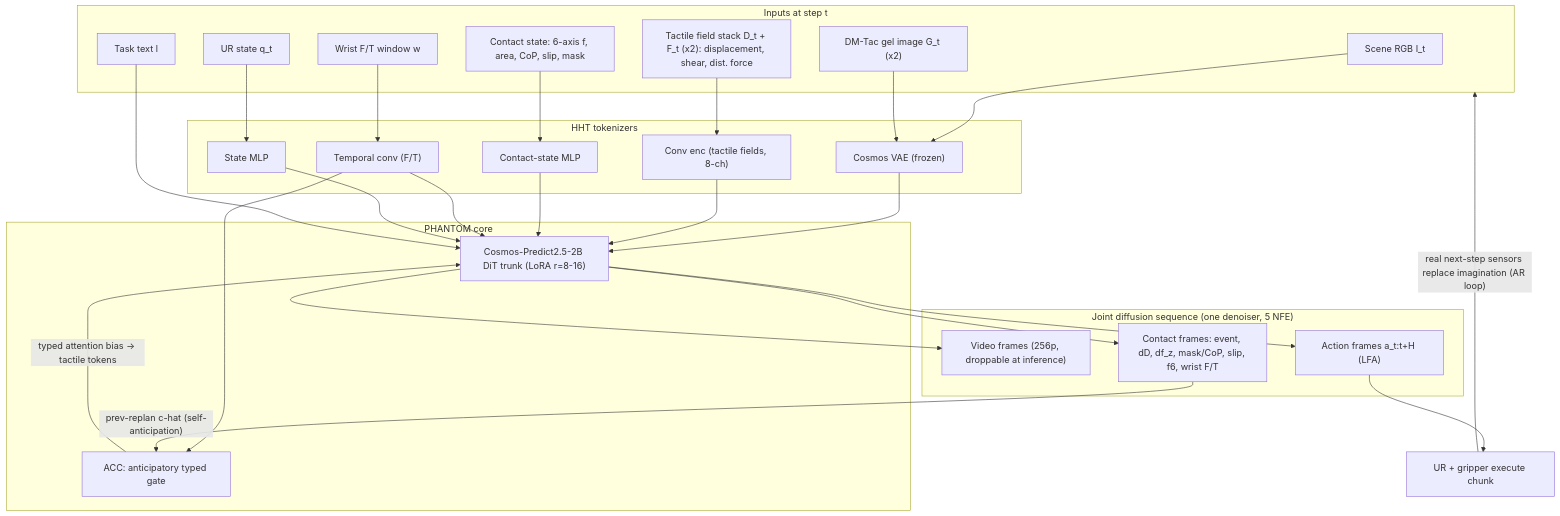
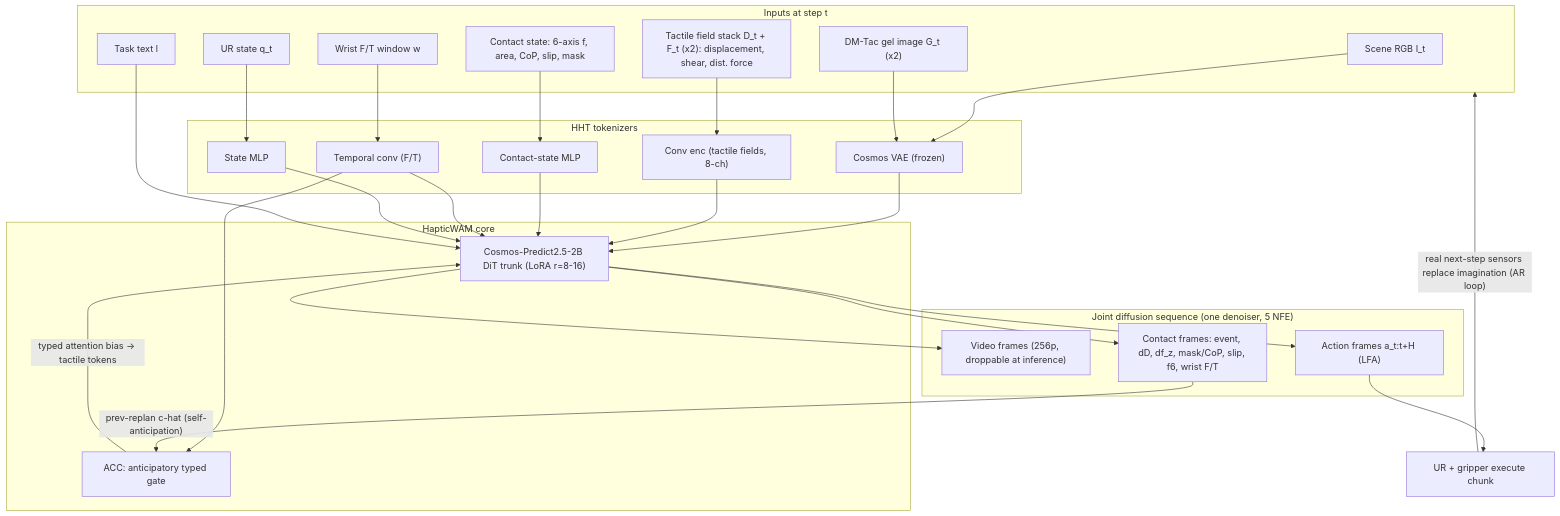
Before and after one commit to Advanced-Robotic-Manipulation/HapticWAM: the first of 2 diagrams in pipeline.md, drawn with Mermaid. The commit also changed other lines of this file and 14 other files, not shown here.

Commit message:
docs: project name is HapticWAM (package stays phantom); hub dataset ids updated

````diff
--- a/pipeline.md
+++ b/pipeline.md
@@ -236,54 +241,54 @@
 ```mermaid
 flowchart TB
     subgraph IN["Inputs at step t"]
         RGB["Scene RGB I_t"]
         TXT["Task text l"]
         GEL["DM-Tac gel image G_t (x2)"]
         DSP["Tactile field stack D_t + F_t (x2): displacement, shear, dist. force"]
         CST["Contact state: 6-axis f, area, CoP, slip, mask"]
         FT["Wrist F/T window w"]
         ST["UR state q_t"]
     end
 
     subgraph HHT["HHT tokenizers"]
         VAE["Cosmos VAE (frozen)"]
         CE["Conv enc (tactile fields, 8-ch)"]
         CMLP["Contact-state MLP"]
         TCN["Temporal conv (F/T)"]
         SMLP["State MLP"]
     end
 
     RGB --> VAE
     GEL --> VAE
     DSP --> CE
     CST --> CMLP
     FT --> TCN
     ST --> SMLP
 
-    subgraph CORE["PHANTOM core"]
+    subgraph CORE["HapticWAM core"]
         DIT["Cosmos-Predict2.5-2B DiT trunk (LoRA r=8-16)"]
         ACC["ACC: anticipatory typed gate"]
     end
 
     VAE --> DIT
     CE --> DIT
     CMLP --> DIT
     TCN --> DIT
     SMLP --> DIT
     TXT --> DIT
     TCN --> ACC
     ACC -- "typed attention bias -> tactile tokens" --> DIT
 
     subgraph SEQ["Joint diffusion sequence (one denoiser, 5 NFE)"]
         VID["Video frames (256p, droppable at inference)"]
         CPK["Contact frames: event, dD, df_z, mask/CoP, slip, f6, wrist F/T"]
         ACT["Action frames a_t:t+H (LFA)"]
     end
 
     DIT --> VID
     DIT --> CPK
     DIT --> ACT
     CPK -- "prev-replan c-hat (self-anticipation)" --> ACC
     ACT --> ROB["UR + gripper execute chunk"]
     ROB -- "real next-step sensors replace imagination (AR loop)" --> IN
 ```
````
